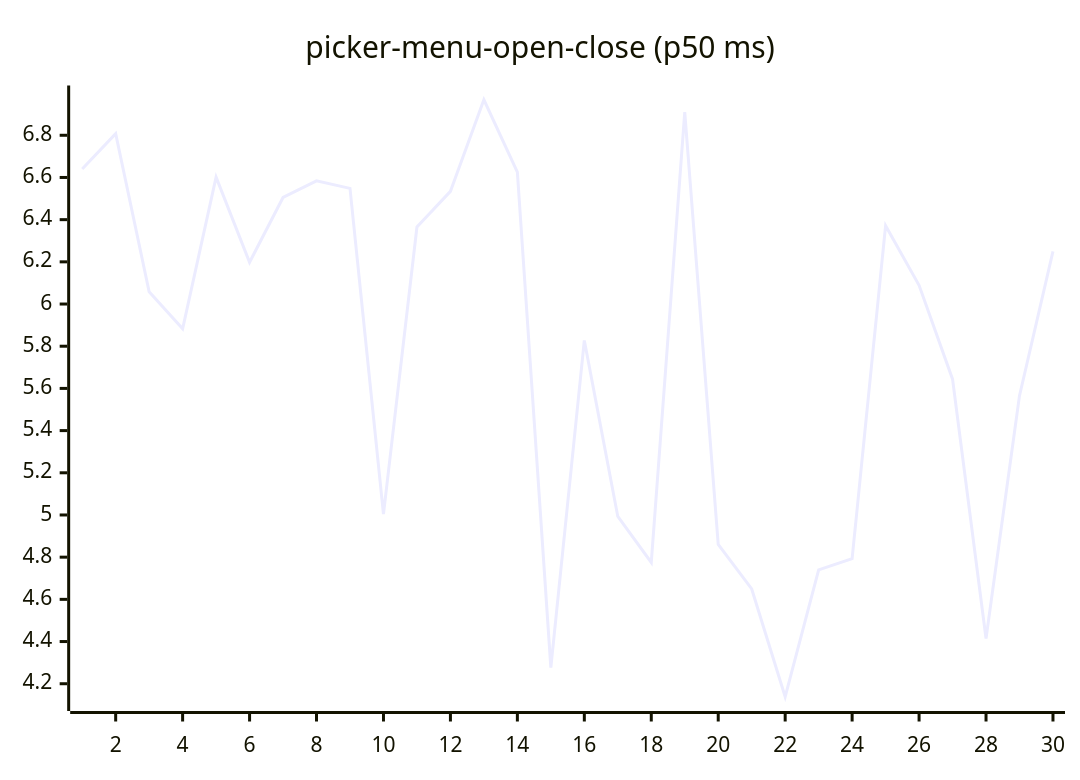
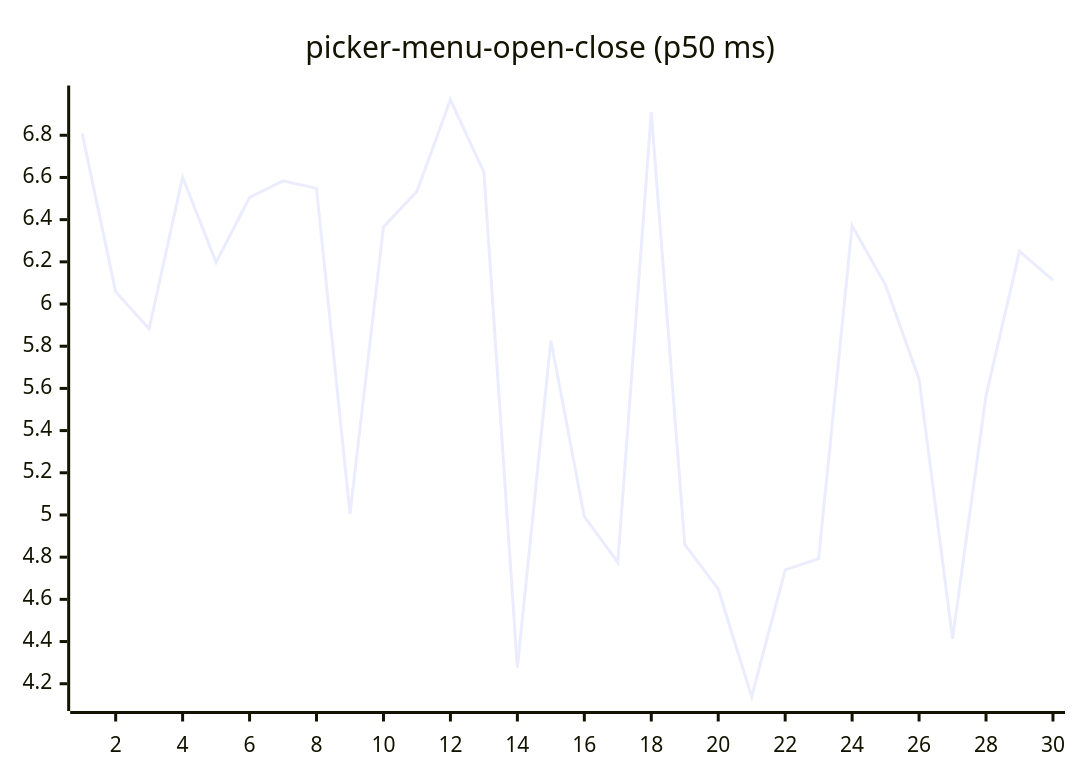
Before and after one commit to josha/Facet: diagram 16 of 27 in README.md, drawn with Mermaid. The commit also changed other lines of this file and 2 other files, not shown here.

````diff
--- a/README.md
+++ b/README.md
@@ -168,6 +168,6 @@
 ```mermaid
 xychart-beta
     title "picker-menu-open-close (p50 ms)"
     x-axis 1 --> 30
-    line [6.6400, 6.8077, 6.0581, 5.8829, 6.6018, 6.1978, 6.5053, 6.5840, 6.5483, 5.0039, 6.3653, 6.5343, 6.9684, 6.6249, 4.2762, 5.8275, 4.9929, 4.7749, 6.9094, 4.8605, 4.6493, 4.1383, 4.7397, 4.7934, 6.3713, 6.0885, 5.6440, 4.4145, 5.5656, 6.2500]
+    line [6.8077, 6.0581, 5.8829, 6.6018, 6.1978, 6.5053, 6.5840, 6.5483, 5.0039, 6.3653, 6.5343, 6.9684, 6.6249, 4.2762, 5.8275, 4.9929, 4.7749, 6.9094, 4.8605, 4.6493, 4.1383, 4.7397, 4.7934, 6.3713, 6.0885, 5.6440, 4.4145, 5.5656, 6.2500, 6.1133]
 ```
````
